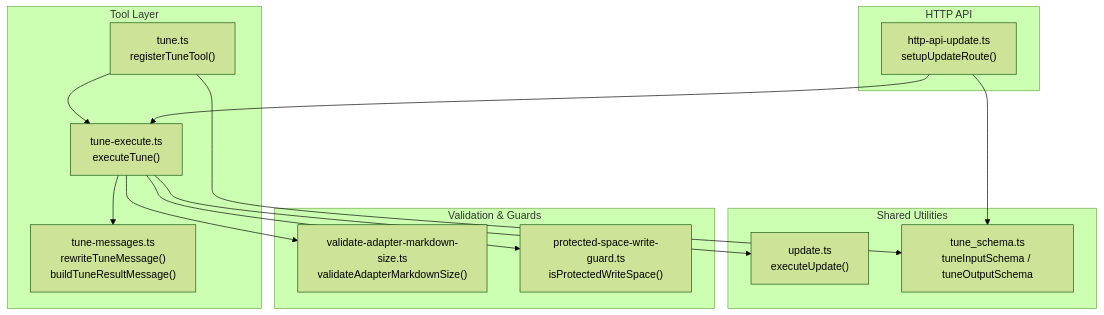
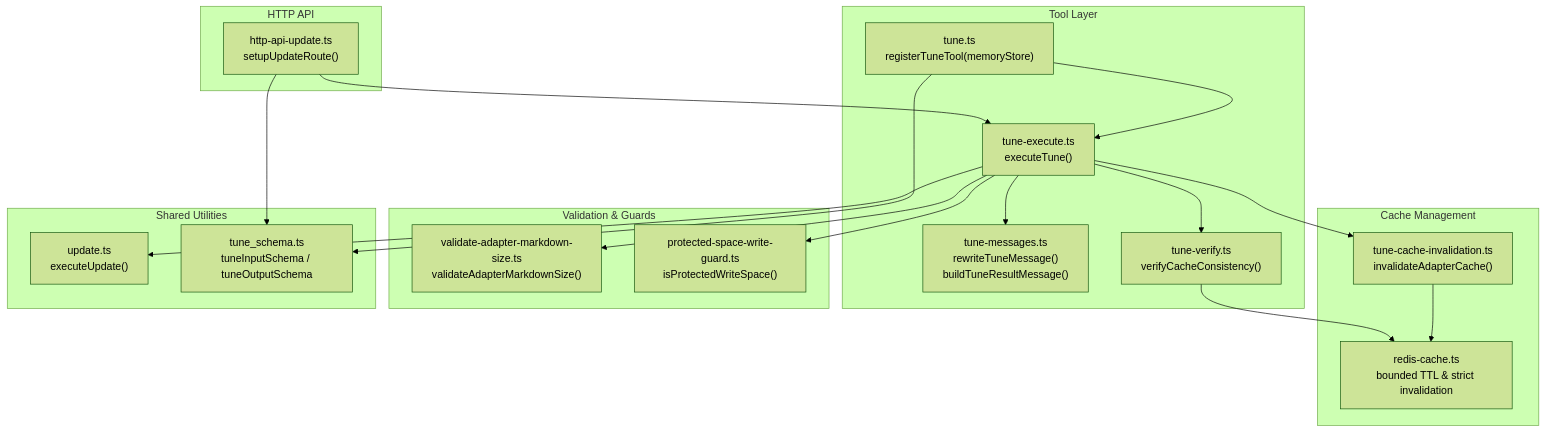
Before and after one commit to debian777/kairos-mcp: the first of 8 diagrams in .qoder/repowiki/en/content/MCP Protocol Tools/Tune Tool.md, drawn with Mermaid (forest theme). The commit also changed other lines of this file and 16 other files, not shown here.

````diff
--- a/.qoder/repowiki/en/content/MCP Protocol Tools/Tune Tool.md
+++ b/.qoder/repowiki/en/content/MCP Protocol Tools/Tune Tool.md
@@ -44,27 +59,36 @@
 ```mermaid
 graph TB
 subgraph "Tool Layer"
-TReg["tune.ts<br/>registerTuneTool()"]
+TReg["tune.ts<br/>registerTuneTool(memoryStore)"]
 Exec["tune-execute.ts<br/>executeTune()"]
 Msg["tune-messages.ts<br/>rewriteTuneMessage()<br/>buildTuneResultMessage()"]
+Verify["tune-verify.ts<br/>verifyCacheConsistency()"]
+end
+subgraph "Cache Management"
+CacheInv["tune-cache-invalidation.ts<br/>invalidateAdapterCache()"]
+RedisCache["redis-cache.ts<br/>bounded TTL & strict invalidation"]
 end
 subgraph "Validation & Guards"
 Val["validate-adapter-markdown-size.ts<br/>validateAdapterMarkdownSize()"]
 Guard["protected-space-write-guard.ts<br/>isProtectedWriteSpace()"]
 end
 subgraph "HTTP API"
 Http["http-api-update.ts<br/>setupUpdateRoute()"]
 end
 subgraph "Shared Utilities"
 Upd["update.ts<br/>executeUpdate()"]
 Schema["tune_schema.ts<br/>tuneInputSchema / tuneOutputSchema"]
 end
 TReg --> Exec
+Exec --> CacheInv
+Exec --> Verify
 Exec --> Val
 Exec --> Guard
 Exec --> Upd
 Exec --> Msg
+CacheInv --> RedisCache
+Verify --> RedisCache
 Http --> Exec
 TReg --> Schema
 Http --> Schema
 ```
````
